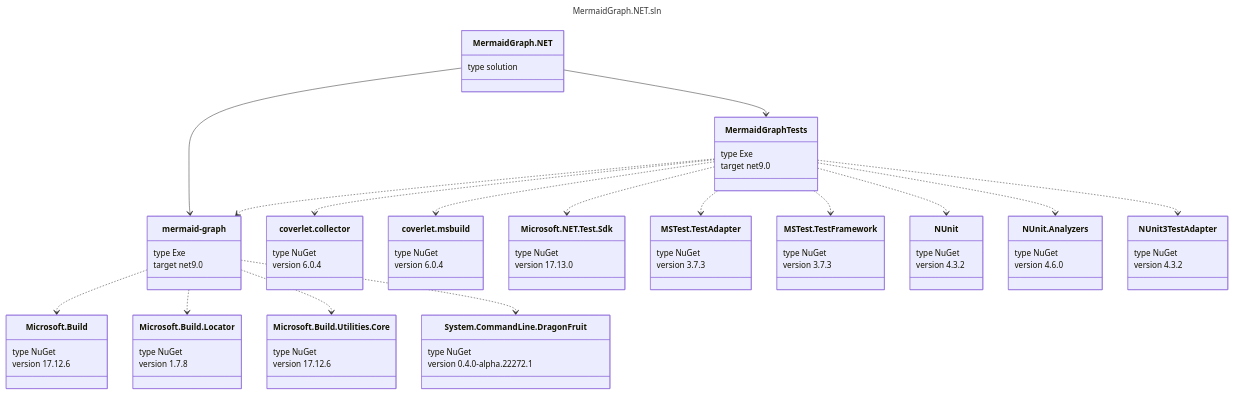
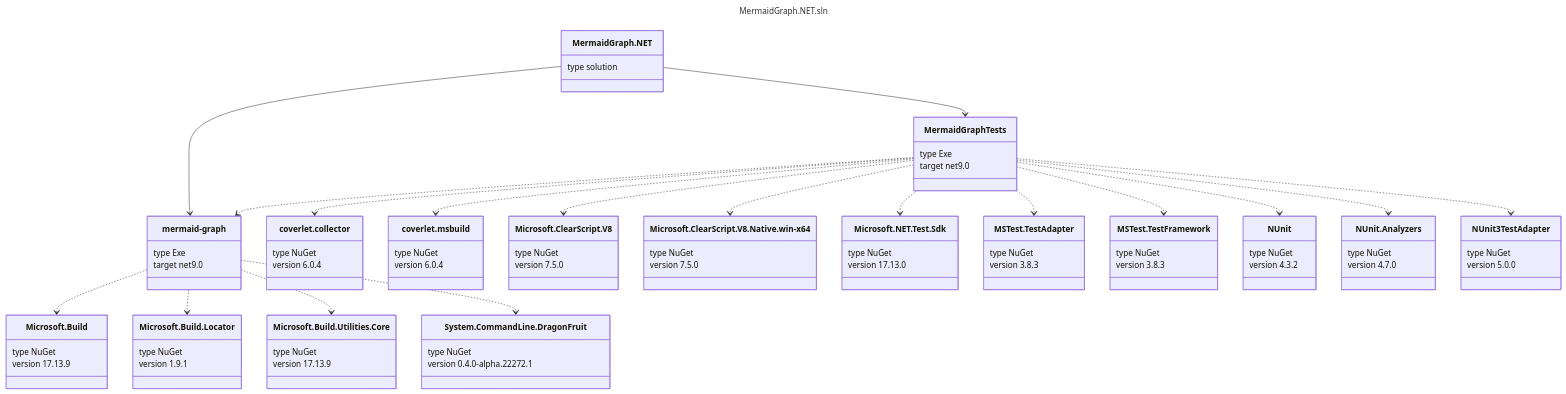
The diagram in MermaidGraph.NET.md (A9G-Data-Droid/MermaidGraph.NET), drawn with Mermaid before and after one commit. The commit also changed other lines of this file and 5 other files, not shown here.

````diff
--- a/MermaidGraph.NET.md
+++ b/MermaidGraph.NET.md
@@ -16,17 +16,17 @@
     }
     class Microsoft.Build{
         type NuGet
-        version 17.12.6
+        version 17.13.9
     }
     mermaid-graph ..> Microsoft.Build
     class Microsoft.Build.Locator{
         type NuGet
-        version 1.7.8
+        version 1.9.1
     }
     mermaid-graph ..> Microsoft.Build.Locator
     class Microsoft.Build.Utilities.Core{
         type NuGet
-        version 17.12.6
+        version 17.13.9
     }
     mermaid-graph ..> Microsoft.Build.Utilities.Core
     class System.CommandLine.DragonFruit{
@@ -50,6 +50,16 @@
         version 6.0.4
     }
     MermaidGraphTests ..> coverlet.msbuild
+    class Microsoft.ClearScript.V8{
+        type NuGet
+        version 7.5.0
+    }
+    MermaidGraphTests ..> Microsoft.ClearScript.V8
+    class Microsoft.ClearScript.V8.Native.win-x64{
+        type NuGet
+        version 7.5.0
+    }
+    MermaidGraphTests ..> Microsoft.ClearScript.V8.Native.win-x64
     class Microsoft.NET.Test.Sdk{
         type NuGet
         version 17.13.0
@@ -57,12 +67,12 @@
     MermaidGraphTests ..> Microsoft.NET.Test.Sdk
     class MSTest.TestAdapter{
         type NuGet
-        version 3.7.3
+        version 3.8.3
     }
     MermaidGraphTests ..> MSTest.TestAdapter
     class MSTest.TestFramework{
         type NuGet
-        version 3.7.3
+        version 3.8.3
     }
     MermaidGraphTests ..> MSTest.TestFramework
     class NUnit{
@@ -72,12 +82,12 @@
     MermaidGraphTests ..> NUnit
     class NUnit.Analyzers{
         type NuGet
-        version 4.6.0
+        version 4.7.0
     }
     MermaidGraphTests ..> NUnit.Analyzers
     class NUnit3TestAdapter{
         type NuGet
-        version 4.3.2
+        version 5.0.0
     }
     MermaidGraphTests ..> NUnit3TestAdapter
 ```
````
